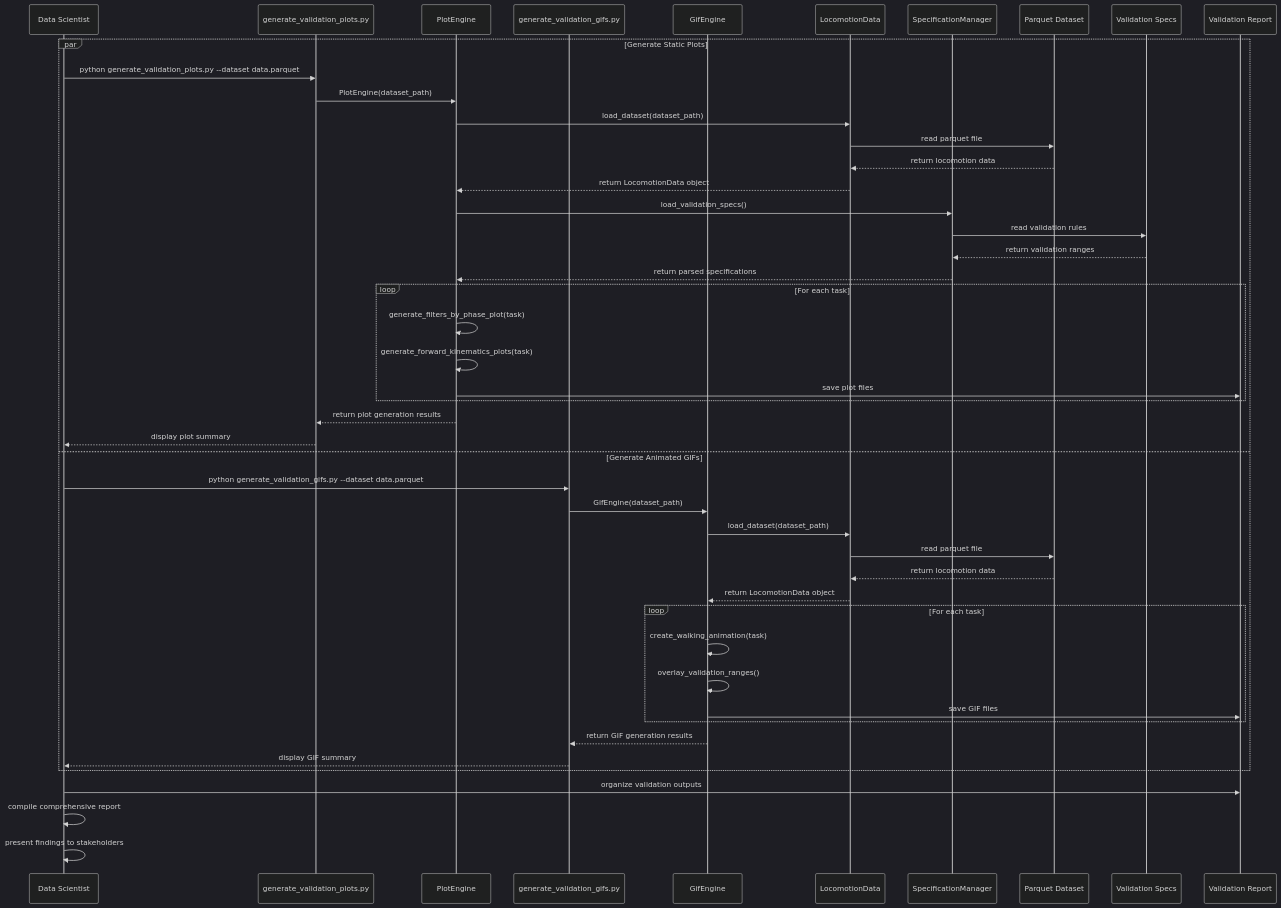
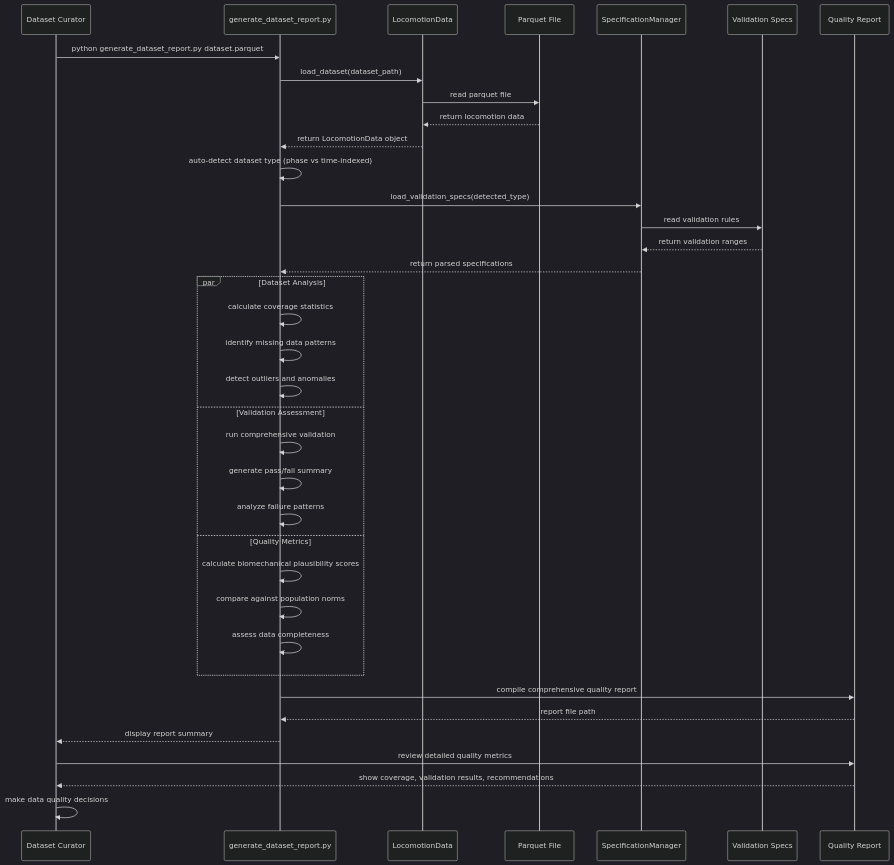
Before and after one commit to jmontp/LocoHub: the third of 4 diagrams in docs/software_engineering/06_sequence_workflows.md, drawn with Mermaid. The commit also changed other lines of this file and 4 other files, not shown here.

````diff
--- a/docs/software_engineering/06_sequence_workflows.md
+++ b/docs/software_engineering/06_sequence_workflows.md
@@ -432,60 +123,45 @@
 ```mermaid
 %%{init: {'theme': 'dark'}}%%
 sequenceDiagram
-    participant DS as Data Scientist
-    participant GP as generate_validation_plots.py
-    participant PE as PlotEngine
-    participant GG as generate_validation_gifs.py
-    participant GE as GifEngine
+    participant DC as Dataset Curator
+    participant GR as generate_dataset_report.py
     participant LD as LocomotionData
+    participant PF as Parquet File
     participant SM as SpecificationManager
-    participant PD as Parquet Dataset
     participant VS as Validation Specs
-    participant VR as Validation Report
+    participant QR as Quality Report
 
-    par Generate Static Plots
-        DS->>GP: python generate_validation_plots.py --dataset data.parquet
-        GP->>PE: PlotEngine(dataset_path)
-        
-        PE->>LD: load_dataset(dataset_path)
-        LD->>PD: read parquet file
-        PD-->>LD: return locomotion data
-        LD-->>PE: return LocomotionData object
-        
-        PE->>SM: load_validation_specs()
-        SM->>VS: read validation rules
-        VS-->>SM: return validation ranges
-        SM-->>PE: return parsed specifications
-        
-        loop For each task
-            PE->>PE: generate_filters_by_phase_plot(task)
-            PE->>PE: generate_forward_kinematics_plots(task)
-            PE->>VR: save plot files
-        end
-        
-        PE-->>GP: return plot generation results
-        GP-->>DS: display plot summary
+    DC->>GR: python generate_dataset_report.py dataset.parquet
+    GR->>LD: load_dataset(dataset_path)
+    LD->>PF: read parquet file
+    PF-->>LD: return locomotion data
+    LD-->>GR: return LocomotionData object
     
-    and Generate Animated GIFs
-        DS->>GG: python generate_validation_gifs.py --dataset data.parquet
-        GG->>GE: GifEngine(dataset_path)
-        
-        GE->>LD: load_dataset(dataset_path)
-        LD->>PD: read parquet file
-        PD-->>LD: return locomotion data
-        LD-->>GE: return LocomotionData object
-        
-        loop For each task
-            GE->>GE: create_walking_animation(task)
-            GE->>GE: overlay_validation_ranges()
-            GE->>VR: save GIF files
-        end
-        
-        GE-->>GG: return GIF generation results
-        GG-->>DS: display GIF summary
+    GR->>GR: auto-detect dataset type (phase vs time-indexed)
+    GR->>SM: load_validation_specs(detected_type)
+    SM->>VS: read validation rules
+    VS-->>SM: return validation ranges
+    SM-->>GR: return parsed specifications
+    
+    par Dataset Analysis
+        GR->>GR: calculate coverage statistics
+        GR->>GR: identify missing data patterns
+        GR->>GR: detect outliers and anomalies
+    and Validation Assessment
+        GR->>GR: run comprehensive validation
+        GR->>GR: generate pass/fail summary
+        GR->>GR: analyze failure patterns
+    and Quality Metrics
+        GR->>GR: calculate biomechanical plausibility scores
+        GR->>GR: compare against population norms
+        GR->>GR: assess data completeness
     end
     
-    DS->>VR: organize validation outputs
-    DS->>DS: compile comprehensive report
-    DS->>DS: present findings to stakeholders
+    GR->>QR: compile comprehensive quality report
+    QR-->>GR: report file path
+    GR-->>DC: display report summary
+    
+    DC->>QR: review detailed quality metrics
+    QR-->>DC: show coverage, validation results, recommendations
+    DC->>DC: make data quality decisions
 ```
````
